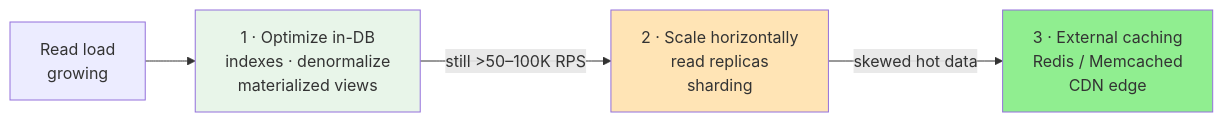
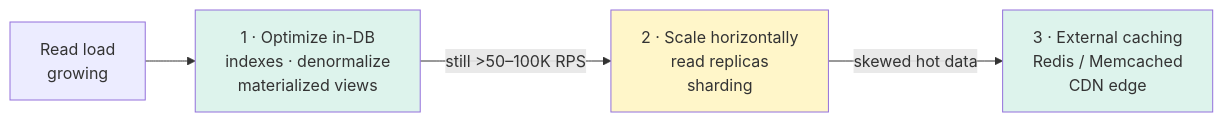
The diagram in LLD/SystemDesign/Patterns/ScalingReads.md (cartmancodes/InterviewVault), drawn with Mermaid before and after one commit. The commit also changed 679 other files, not shown here.

Commit message:
Unify content diagrams and add accessible visual walkthroughs

````diff
--- a/LLD/SystemDesign/Patterns/ScalingReads.md
+++ b/LLD/SystemDesign/Patterns/ScalingReads.md
@@ -48,10 +48,10 @@
 ```mermaid
 graph LR
     Q[Read load<br/>growing] --> O["1 · Optimize in-DB<br/>indexes · denormalize<br/>materialized views"]
     O -->|"still &gt;50–100K RPS"| H["2 · Scale horizontally<br/>read replicas<br/>sharding"]
     H -->|"skewed hot data"| C["3 · External caching<br/>Redis / Memcached<br/>CDN edge"]
 
-    style O fill:#e8f5e9
-    style H fill:#FFE4B5
-    style C fill:#90EE90
+    style O fill:#DDF3EC
+    style H fill:#FFF6C9
+    style C fill:#DDF3EC
 ```
````
